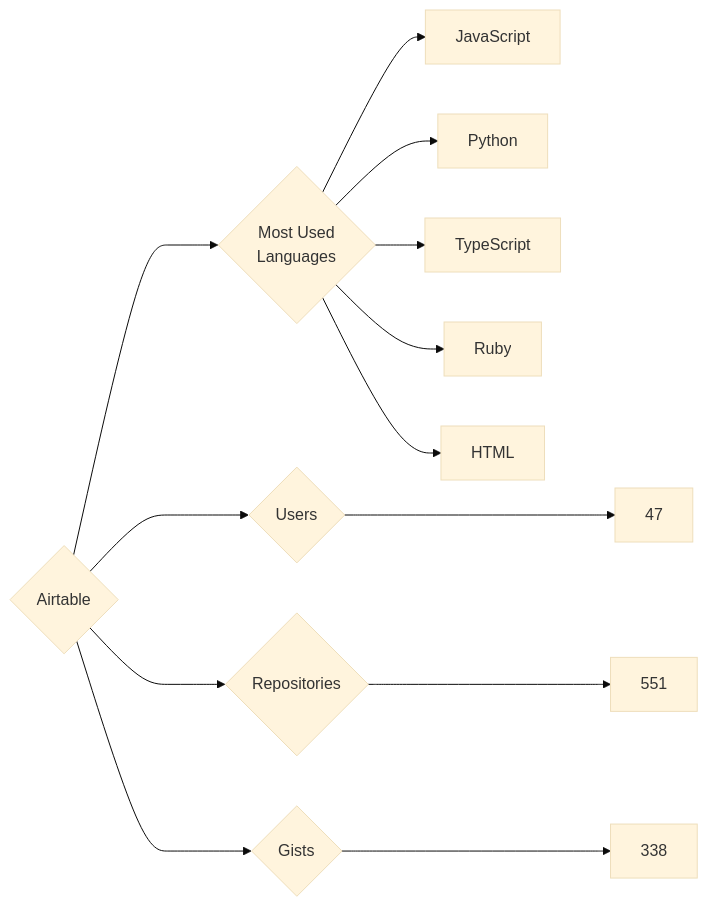
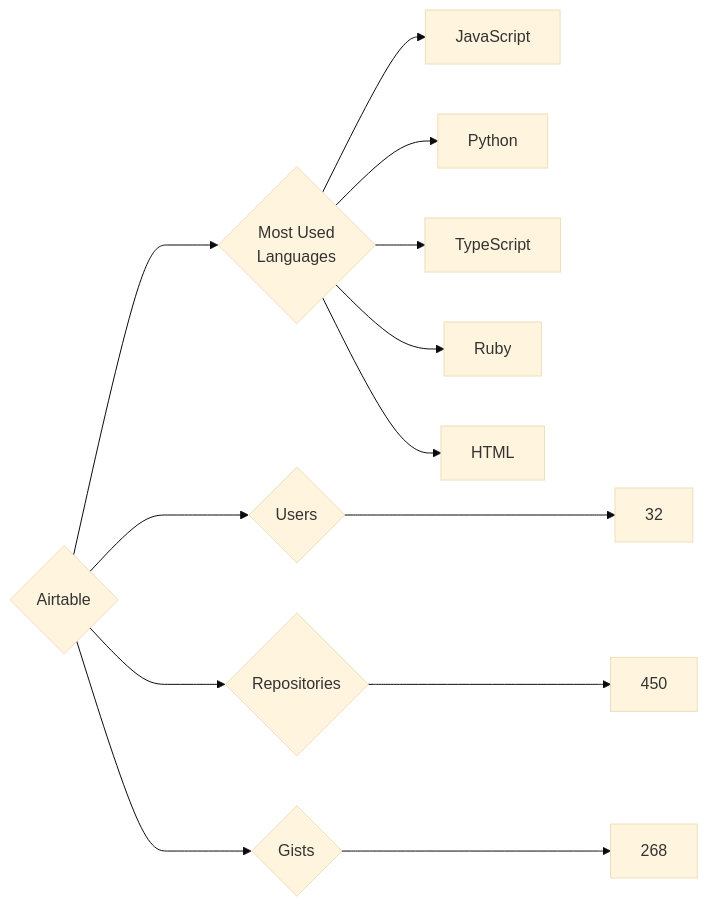
One commit to trickest/insiders changed the diagram in targets/Airtable/README.md. Above: the diagram before and after it, drawn with Mermaid (base theme). The commit also changed 681 other files, not shown here.

````diff
--- a/targets/Airtable/README.md
+++ b/targets/Airtable/README.md
@@ -3,13 +3,13 @@
 ```mermaid
 graph LR
 COMPANY_NAME{Airtable}
-COMPANY_NAME ---> U{Users} ---> UN[47]
-COMPANY_NAME ---> R{Repositories} ---> RN[551]
-COMPANY_NAME ---> G{Gists} ---> GN[338]
+COMPANY_NAME ---> U{Users} ---> UN[32]
+COMPANY_NAME ---> R{Repositories} ---> RN[450]
+COMPANY_NAME ---> G{Gists} ---> GN[268]
 COMPANY_NAME ---> ML{Most Used<br>Languages}
 ML --> JavaScript[JavaScript]
 ML --> Python[Python]
 ML --> TypeScript[TypeScript]
 ML --> Ruby[Ruby]
 ML --> HTML[HTML]
 ```
````
